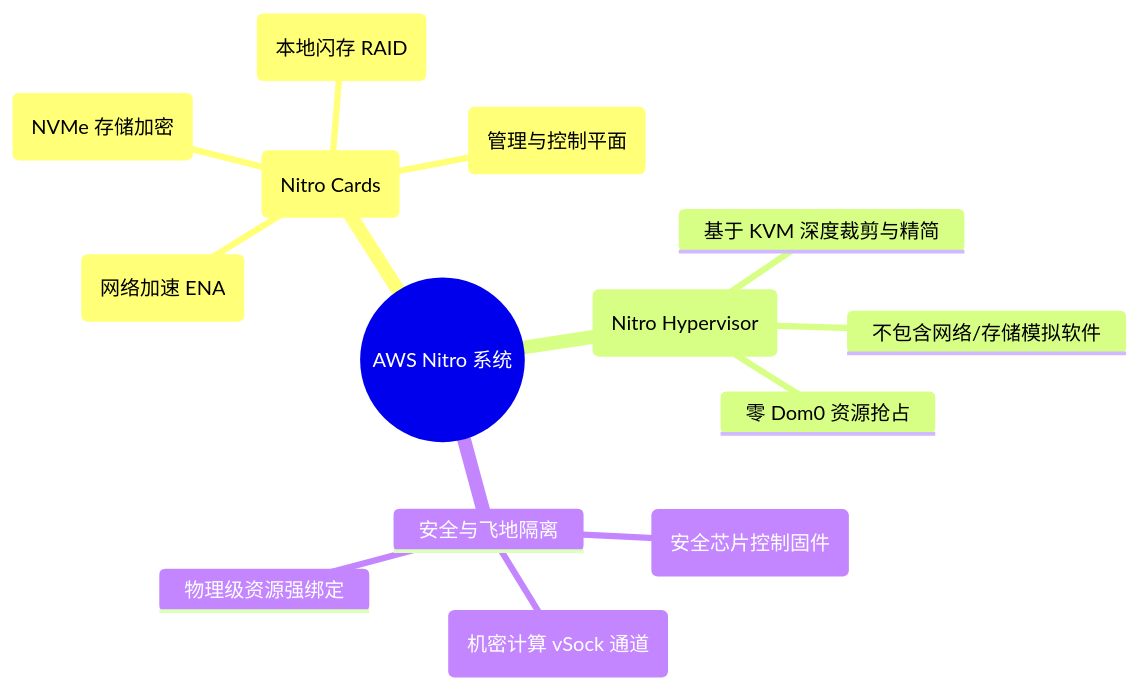
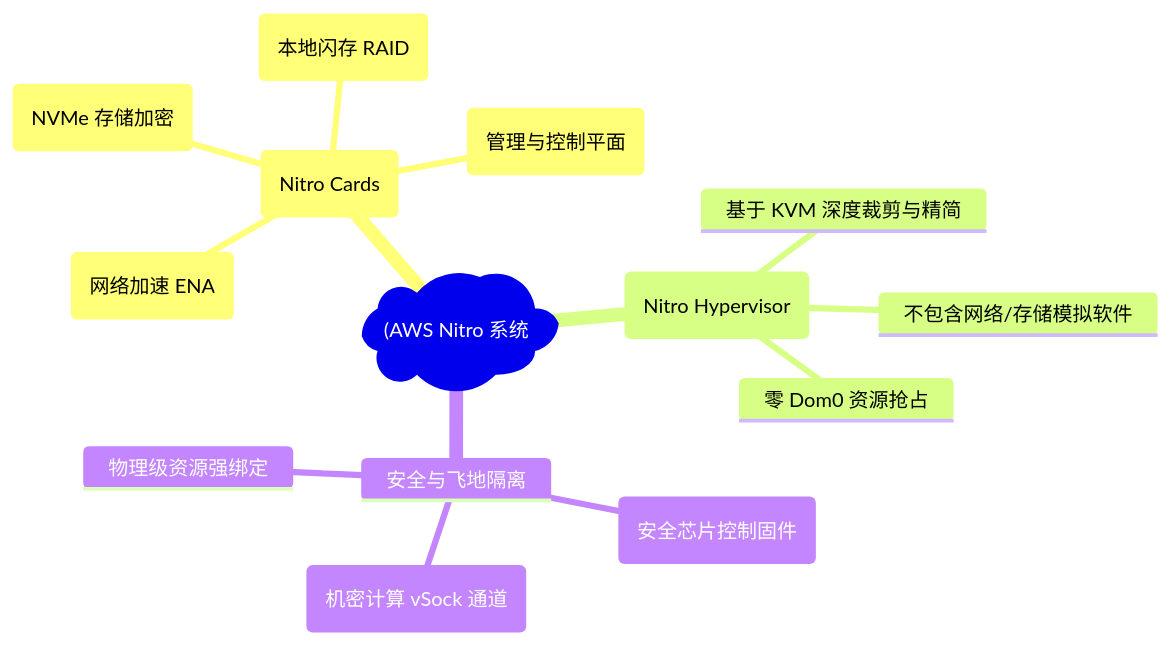
One commit to koosai/AI-Architect-Learning changed the second of 7 diagrams in docs/atlas/ec2-nitro.mdx. Above: the diagram before and after it, drawn with Mermaid. The commit also changed other lines of this file and 187 other files, not shown here.

Commit message:
fix(mermaid): fix all unquoted parens and edge label syntax errors across all docs

````diff
--- a/docs/atlas/ec2-nitro.mdx
+++ b/docs/atlas/ec2-nitro.mdx
@@ -75,17 +75,17 @@
 ```mermaid
 mindmap
-  root((AWS Nitro 系统))
+  root("(AWS Nitro 系统"))
     Nitro 专用硬件卡 (Nitro Cards)
       Nitro Card for VPC (网络加速 ENA)
       Nitro Card for EBS (NVMe 存储加密)
       Nitro Card for Local Storage (本地闪存 RAID)
       Nitro System Controller (管理与控制平面)
     超轻量虚拟化 (Nitro Hypervisor)
       基于 KVM 深度裁剪与精简
       不包含网络/存储模拟软件
       零 Dom0 资源抢占
     安全与飞地隔离
       Nitro Security Chip (安全芯片控制固件)
       Nitro Enclaves (机密计算 vSock 通道)
       物理级资源强绑定
 ```
````
